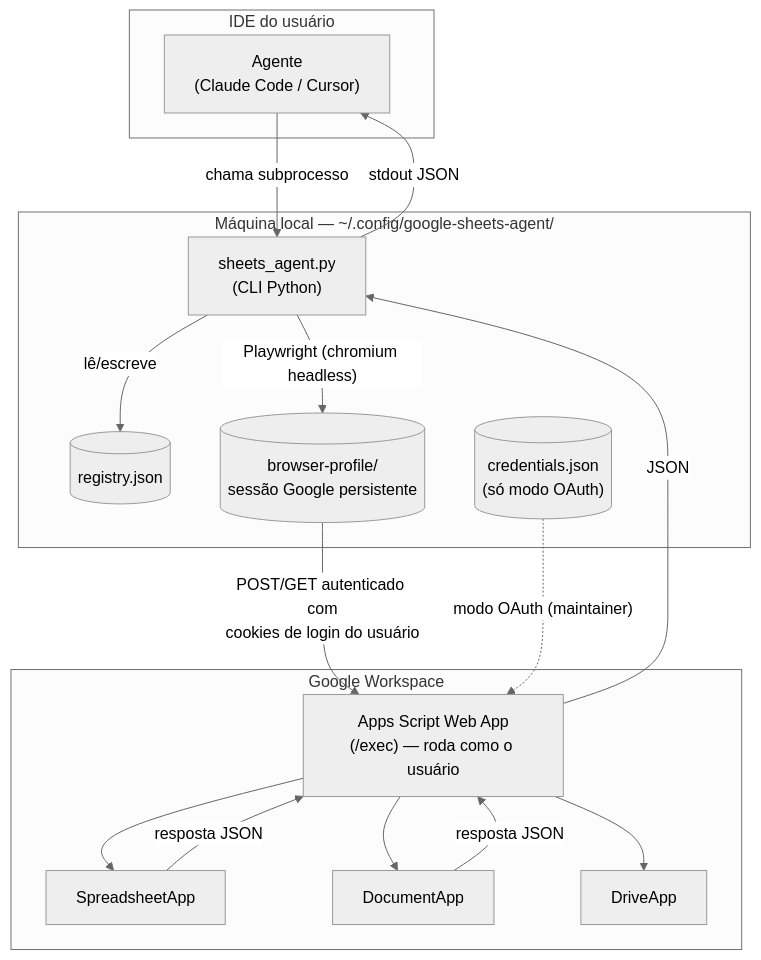
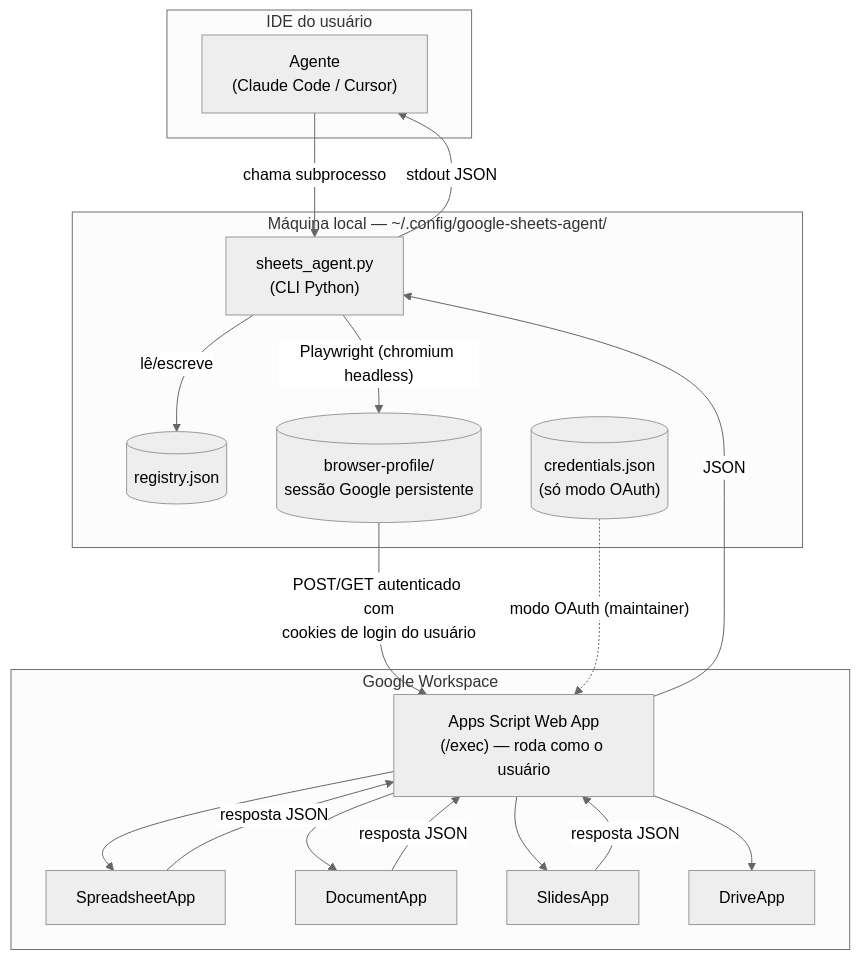
Before and after one commit to gabriel-dantas98/tapioca: the first of 6 diagrams in skills/google-sheets-apps-script/ARCHITECTURE.md, drawn with Mermaid (neutral theme). The commit also changed other lines of this file and 18 other files, not shown here.

````diff
--- a/skills/google-sheets-apps-script/ARCHITECTURE.md
+++ b/skills/google-sheets-apps-script/ARCHITECTURE.md
@@ -24,33 +25,36 @@
 ```mermaid
 flowchart TB
     subgraph IDE["IDE do usuário"]
         AGENT["Agente<br/>(Claude Code / Cursor)"]
     end
 
     subgraph LOCAL["Máquina local — ~/.config/google-sheets-agent/"]
         CLI["sheets_agent.py<br/>(CLI Python)"]
         REG[("registry.json")]
         PROFILE[("browser-profile/<br/>sessão Google persistente")]
         CREDS[("credentials.json<br/>(só modo OAuth)")]
     end
 
     subgraph GOOGLE["Google Workspace"]
         WEBAPP["Apps Script Web App<br/>(/exec) — roda como o usuário"]
         SHEETSAPI["SpreadsheetApp"]
         DOCSAPI["DocumentApp"]
+    SLIDESAPI["SlidesApp"]
         DRIVEAPI["DriveApp"]
     end
 
     AGENT -->|"chama subprocesso"| CLI
     CLI -->|lê/escreve| REG
     CLI -->|"Playwright (chromium headless)"| PROFILE
     PROFILE -->|"POST/GET autenticado com<br/>cookies de login do usuário"| WEBAPP
     CREDS -.->|"modo OAuth (maintainer)"| WEBAPP
     WEBAPP --> SHEETSAPI
     WEBAPP --> DOCSAPI
+    WEBAPP --> SLIDESAPI
     WEBAPP --> DRIVEAPI
     SHEETSAPI -->|resposta JSON| WEBAPP
     DOCSAPI -->|resposta JSON| WEBAPP
+    SLIDESAPI -->|resposta JSON| WEBAPP
     WEBAPP -->|JSON| CLI
     CLI -->|stdout JSON| AGENT
 ```
````
